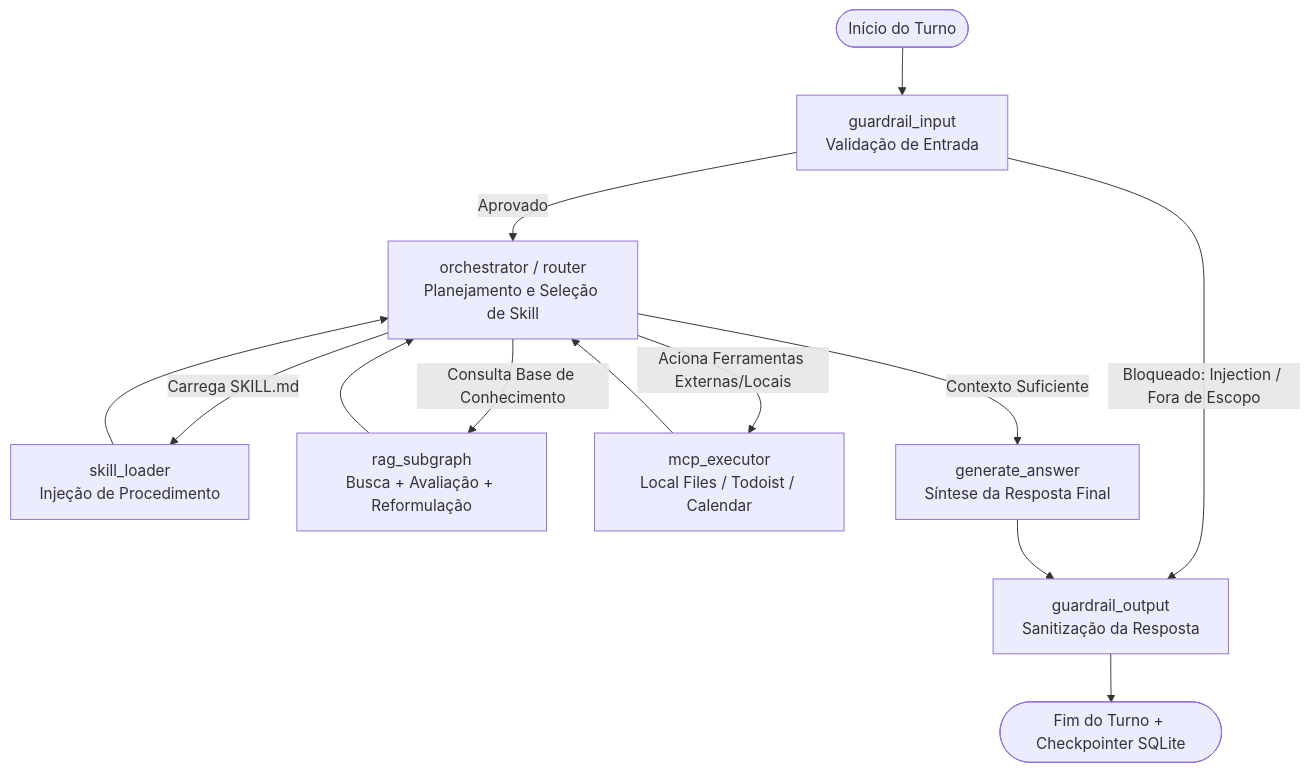
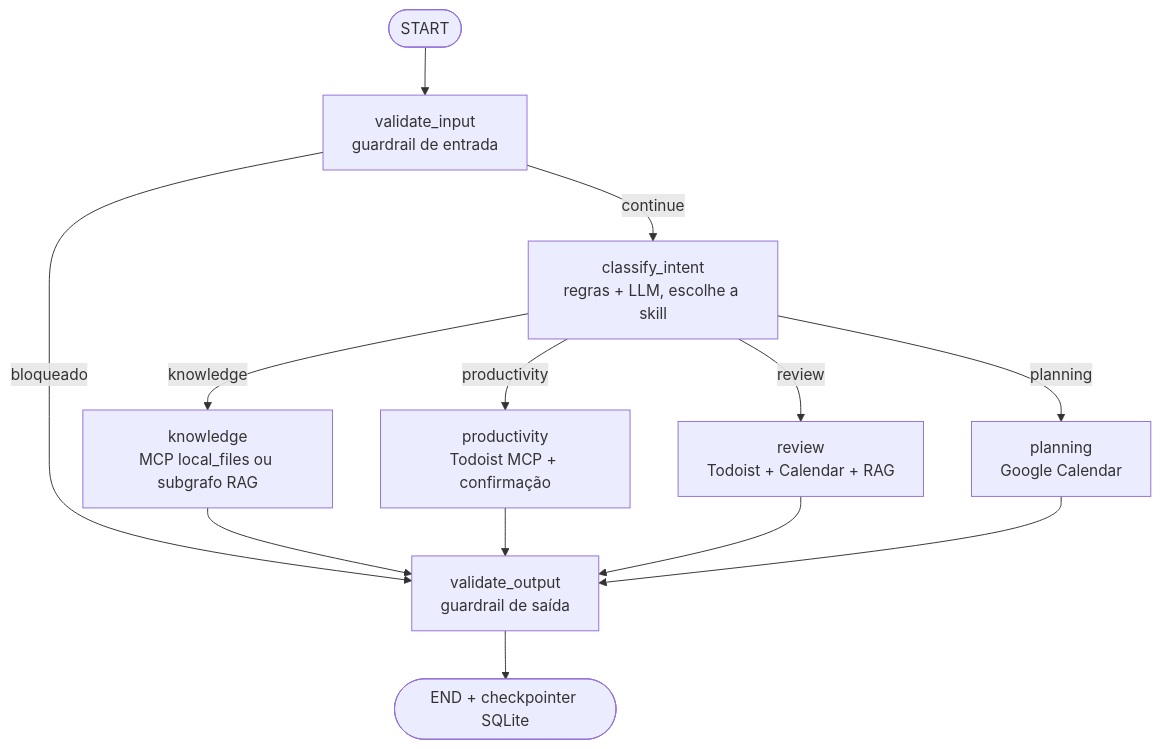
The first of 2 diagrams in README.md (kauacampostp/Assistente-de-Produtividade), drawn with Mermaid before and after one commit. The commit also changed other lines of this file and 8 other files, not shown here.

````diff
--- a/README.md
+++ b/README.md
@@ -31,19 +38,15 @@
 ```mermaid
 flowchart TD
-    START([Início do Turno]) --> GI[guardrail_input<br/>Validação de Entrada]
-    GI -->|Bloqueado: Injection / Fora de Escopo| GO[guardrail_output<br/>Sanitização da Resposta]
-    GI -->|Aprovado| ORCH[orchestrator / router<br/>Planejamento e Seleção de Skill]
-
-    ORCH -->|Carrega SKILL.md| SKILL[skill_loader<br/>Injeção de Procedimento]
-    SKILL --> ORCH
-
-    ORCH -->|Consulta Base de Conhecimento| RAG[rag_subgraph<br/>Busca + Avaliação + Reformulação]
-    RAG --> ORCH
-
-    ORCH -->|Aciona Ferramentas Externas/Locais| MCP[mcp_executor<br/>Local Files / Todoist / Calendar]
-    MCP --> ORCH
-
-    ORCH -->|Contexto Suficiente| GEN[generate_answer<br/>Síntese da Resposta Final]
-    GEN --> GO
-    GO --> END([Fim do Turno + Checkpointer SQLite])
+    START([START]) --> VI["validate_input<br/>guardrail de entrada"]
+    VI -->|bloqueado| VO["validate_output<br/>guardrail de saída"]
+    VI -->|continue| CI["classify_intent<br/>regras + LLM, escolhe a skill"]
+    CI -->|knowledge| K["knowledge<br/>MCP local_files ou subgrafo RAG"]
+    CI -->|productivity| P["productivity<br/>Todoist MCP + confirmação"]
+    CI -->|review| R["review<br/>Todoist + Calendar + RAG"]
+    CI -->|planning| PL["planning<br/>Google Calendar"]
+    K --> VO
+    P --> VO
+    R --> VO
+    PL --> VO
+    VO --> END([END + checkpointer SQLite])
 ```
````
